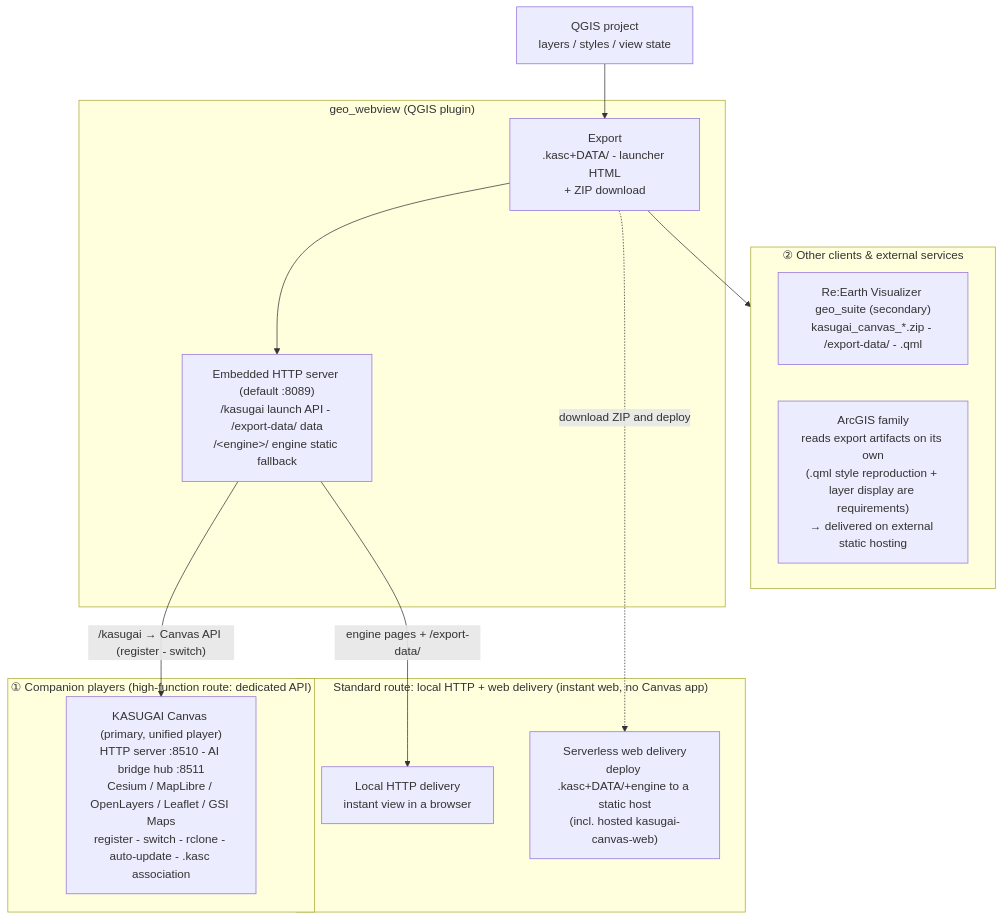
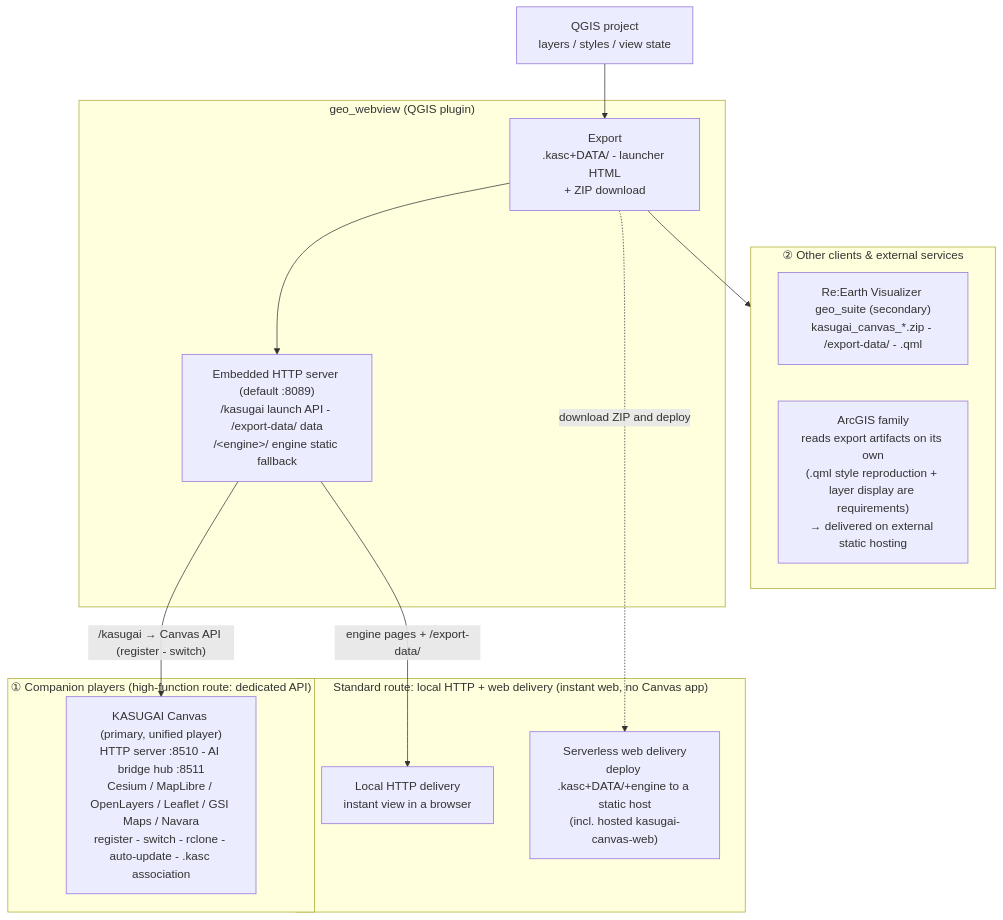
One commit to yamamoto-ryuzo/qgis_live_harness changed the diagram in qgis-plugin/geo_webview/INTEGRATION.md. Above: the diagram before and after it, drawn with Mermaid. The commit also changed other lines of this file and 21 other files, not shown here.

````diff
--- a/qgis-plugin/geo_webview/INTEGRATION.md
+++ b/qgis-plugin/geo_webview/INTEGRATION.md
@@ -11,30 +11,30 @@
 ```mermaid
 flowchart TB
     QGIS["QGIS project<br>layers / styles / view state"]
 
     subgraph GWBOX["geo_webview (QGIS plugin)"]
         GW["Export<br>.kasc+DATA/ - launcher HTML<br>+ ZIP download"]
         SRV["Embedded HTTP server (default :8089)<br>/kasugai launch API - /export-data/ data<br>/&lt;engine&gt;/ engine static fallback"]
     end
 
     subgraph G1["① Companion players (high-function route: dedicated API)"]
-        KC["KASUGAI Canvas (primary, unified player)<br>HTTP server :8510 - AI bridge hub :8511<br>Cesium / MapLibre / OpenLayers / Leaflet / GSI Maps<br>register - switch - rclone - auto-update - .kasc association"]
+        KC["KASUGAI Canvas (primary, unified player)<br>HTTP server :8510 - AI bridge hub :8511<br>Cesium / MapLibre / OpenLayers / Leaflet / GSI Maps / Navara<br>register - switch - rclone - auto-update - .kasc association"]
     end
 
     subgraph NORM["Standard route: local HTTP + web delivery (instant web, no Canvas app)"]
         BR["Local HTTP delivery<br>instant view in a browser"]
         HOST["Serverless web delivery<br>deploy .kasc+DATA/+engine to a static host<br>(incl. hosted kasugai-canvas-web)"]
     end
 
     subgraph G2["② Other clients & external services"]
         RE["Re:Earth Visualizer geo_suite (secondary)<br>kasugai_canvas_*.zip - /export-data/ - .qml"]
         AG["ArcGIS family<br>reads export artifacts on its own<br>(.qml style reproduction + layer display are requirements)<br>→ delivered on external static hosting"]
     end
 
     QGIS --> GW
     GW --> SRV
     SRV -->|"/kasugai → Canvas API (register - switch)"| KC
     SRV -->|"engine pages + /export-data/"| BR
     GW -.->|"download ZIP and deploy"| HOST
     GW --> G2
 ```
````
